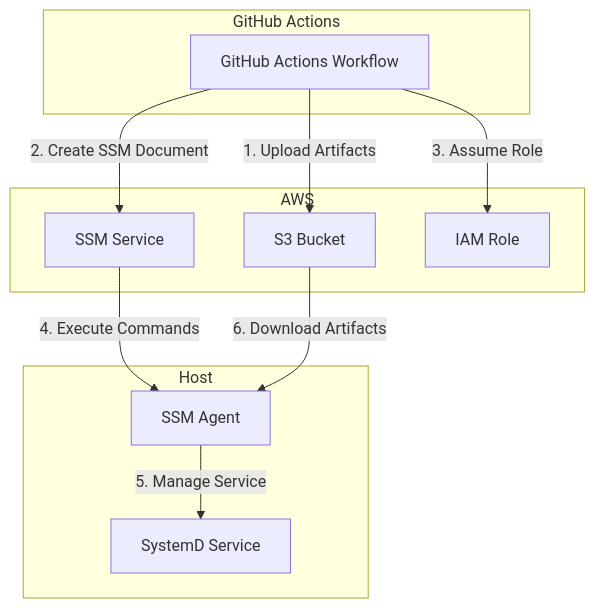
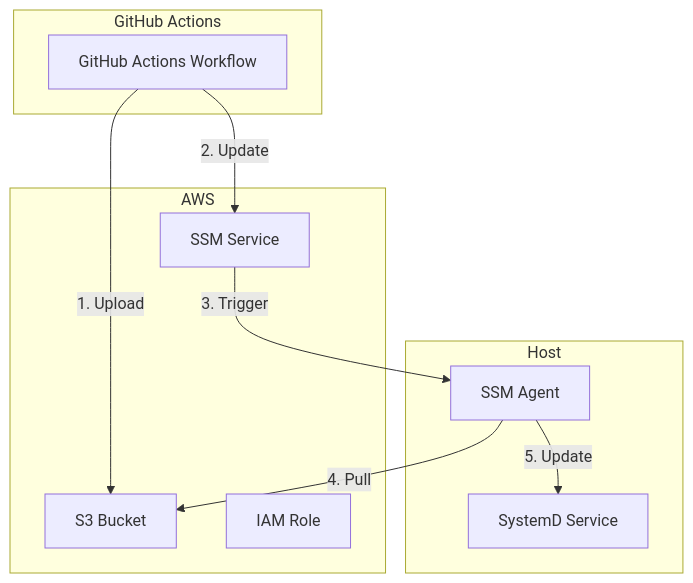
Before and after one commit to realsensesolutions/actions-aws-host-service: the first of 2 diagrams in README.md, drawn with Mermaid. The commit also changed other lines of this file, not shown here.

````diff
--- a/README.md
+++ b/README.md
@@ -7,24 +7,23 @@
 ```mermaid
 graph TD
     subgraph GitHub Actions
         GA[GitHub Actions Workflow]
     end
 
     subgraph AWS
         S3[S3 Bucket]
         SSM[SSM Service]
         IAM[IAM Role]
     end
 
     subgraph Host
         SSMAgent[SSM Agent]
         SystemD[SystemD Service]
     end
 
-    GA -->|1. Upload Artifacts| S3
-    GA -->|2. Create SSM Document| SSM
-    GA -->|3. Assume Role| IAM
-    SSM -->|4. Execute Commands| SSMAgent
-    SSMAgent -->|5. Manage Service| SystemD
-    S3 -->|6. Download Artifacts| SSMAgent
+    GA -->|1. Upload| S3
+    GA -->|2. Update| SSM
+    SSM -->|3. Trigger| SSMAgent
+    SSMAgent -->|4. Pull| S3
+    SSMAgent -->|5. Update| SystemD
 ```
````
